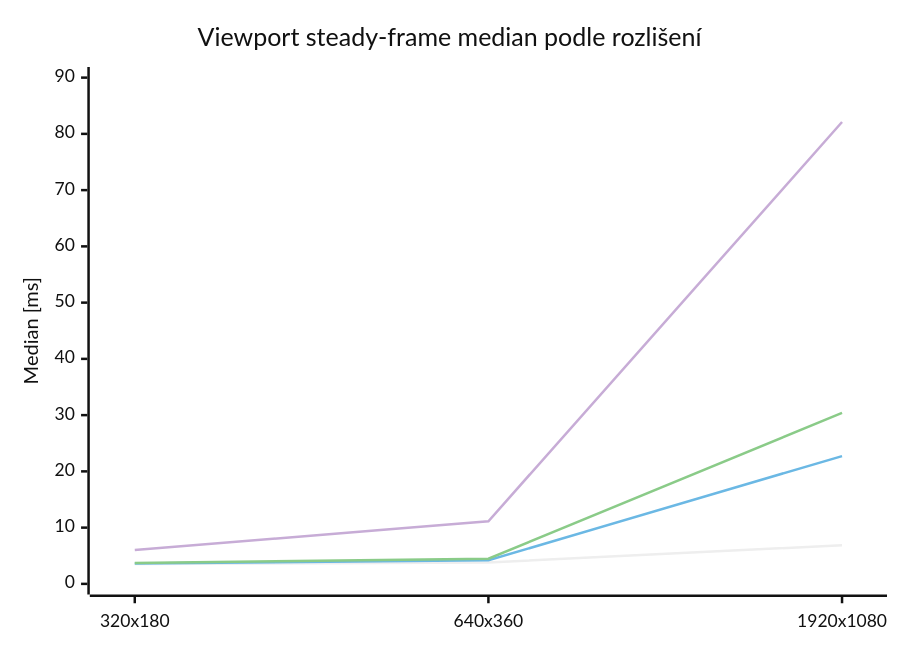
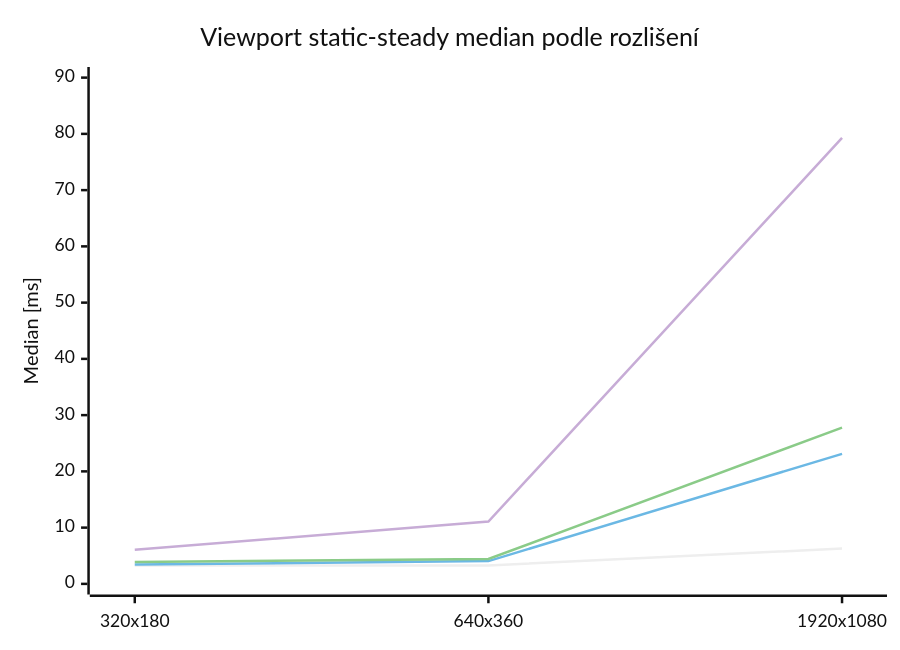
Before and after one commit to Esperosa/3D-Renderer-Josefina---PGR2: the first of 13 diagrams in README.md, drawn with Mermaid (neutral theme). The commit also changed other lines of this file and 2 other files, not shown here.

````diff
--- a/README.md
+++ b/README.md
@@ -157,10 +178,10 @@
 ```mermaid
 xychart-beta
-    title "Viewport steady-frame median podle rozlišení"
+    title "Viewport static-steady median podle rozlišení"
     x-axis ["320x180", "640x360", "1920x1080"]
     y-axis "Median [ms]" 0 --> 90
-    line "Raster / PHONG" [3.53, 3.81, 6.87]
-    line "Temporal Noise" [3.61, 4.20, 22.72]
-    line "Hex Mosaic" [3.71, 4.47, 30.40]
-    line "Dithering" [6.03, 11.14, 82.11]
+    line "Raster / PHONG" [3.28, 3.27, 6.29]
+    line "Temporal Noise" [3.43, 4.05, 23.12]
+    line "Hex Mosaic" [3.89, 4.42, 27.79]
+    line "Dithering" [6.05, 11.08, 79.28]
 ```
````
